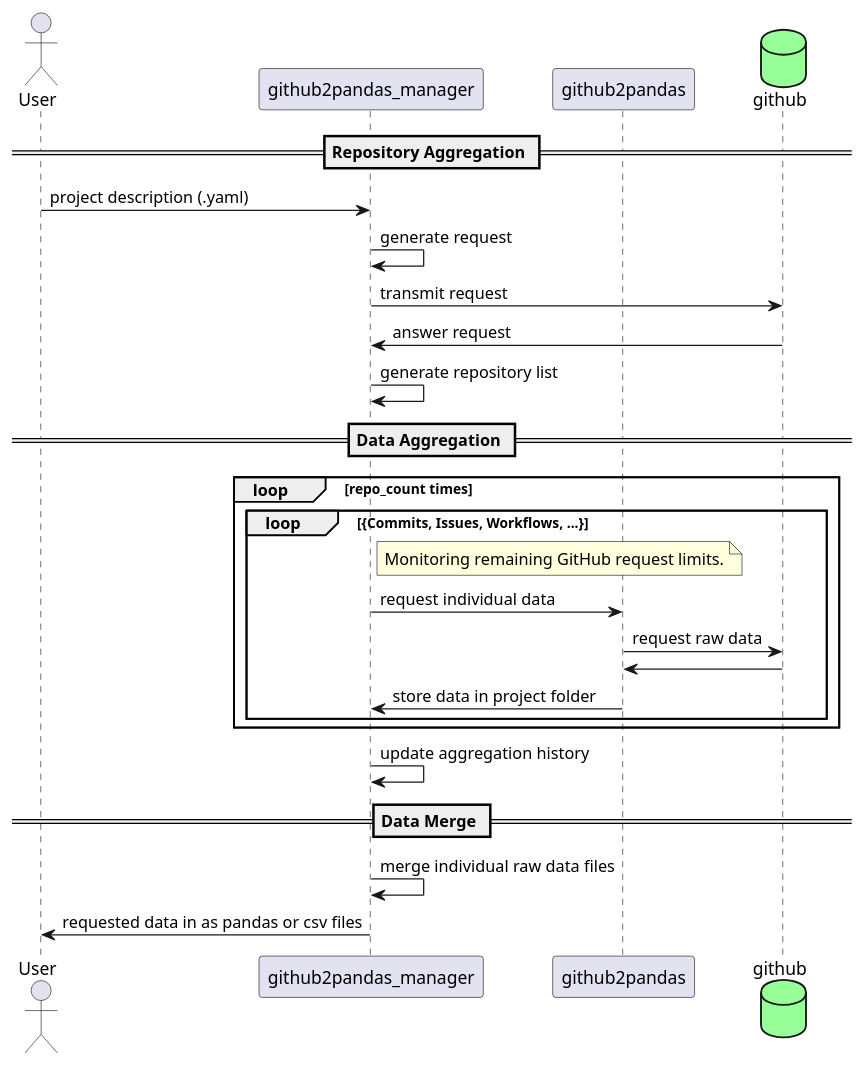
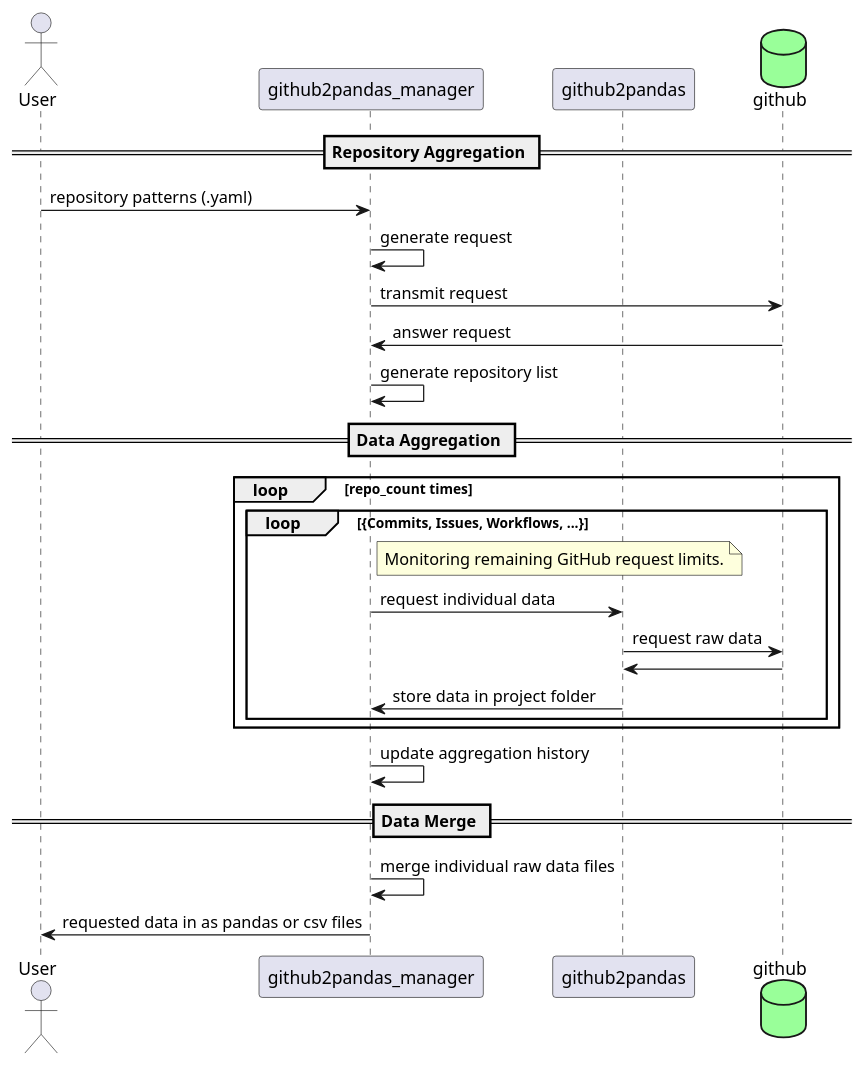
Before and after one commit to TUBAF-IFI-DiPiT/github2pandas_manager: the diagram in doc/diagrams/sequence.puml, drawn with PlantUML.

```diff
--- a/doc/diagrams/sequence.puml
+++ b/doc/diagrams/sequence.puml
@@ -1,32 +1,32 @@
 @startuml
 actor User
 participant github2pandas_manager
 participant github2pandas
 database github #99FF99
 
 == Repository Aggregation ==
 
-User -> github2pandas_manager: project description (.yaml)
+User -> github2pandas_manager: repository patterns (.yaml)
 github2pandas_manager -> github2pandas_manager: generate request
 github2pandas_manager -> github: transmit request
 github -> github2pandas_manager: answer request
 github2pandas_manager -> github2pandas_manager: generate repository list
 
 == Data Aggregation ==
 
 loop repo_count times
     loop {Commits, Issues, Workflows, ...}
         note right of github2pandas_manager: Monitoring remaining GitHub request limits.
         github2pandas_manager -> github2pandas: request individual data
         github2pandas -> github: request raw data
         github -> github2pandas
         github2pandas -> github2pandas_manager: store data in project folder
     end
 end
 github2pandas_manager -> github2pandas_manager: update aggregation history
 
 == Data Merge ==
 
 github2pandas_manager -> github2pandas_manager: merge individual raw data files
 github2pandas_manager -> User: requested data in as pandas or csv files
 @enduml
```
